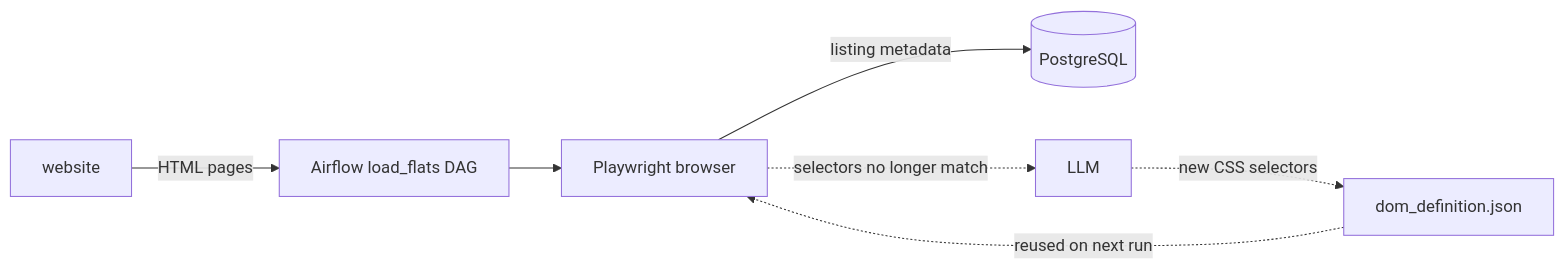
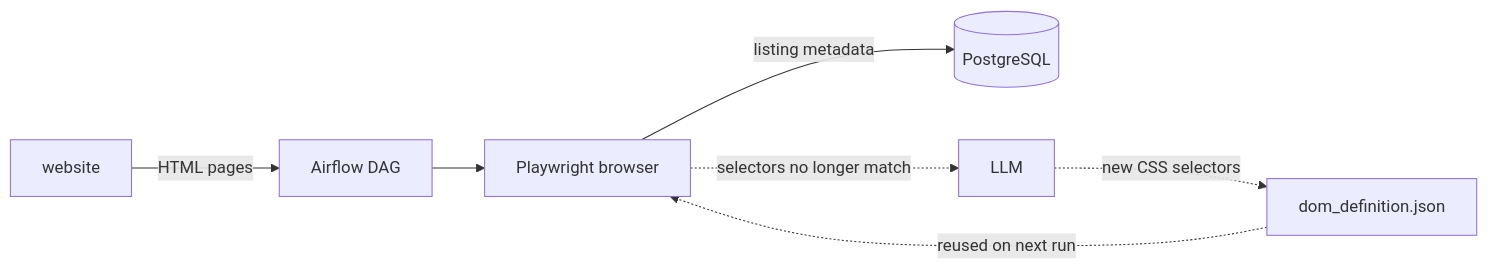
Before and after one commit to kshshton/sheloba: the diagram in README.md, drawn with Mermaid.

````diff
--- a/README.md
+++ b/README.md
@@ -11,9 +11,9 @@
 ```mermaid
 flowchart LR
-    W[website] -->|HTML pages| S[Airflow load_flats DAG]
+    W[website] -->|HTML pages| S[Airflow DAG]
     S --> P[Playwright browser]
     P -->|listing metadata| DB[(PostgreSQL)]
     P -. selectors no longer match .-> G[LLM]
     G -. new CSS selectors .-> J[dom_definition.json]
     J -. reused on next run .-> P
 ```
````
